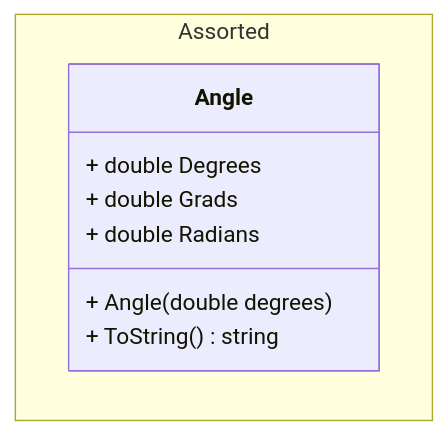
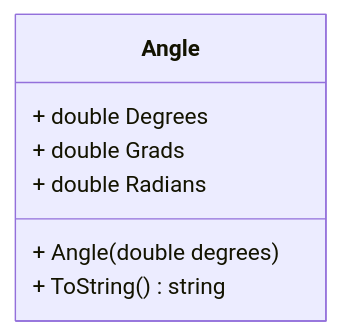
One commit to CPSC-1517/cpsc-1517-workbook-jan2024-a02-dgilleland changed the diagram in src/005/ReadMe.md. Above: the diagram before and after it, drawn with Mermaid. The commit also changed other lines of this file, not shown here.

````diff
--- a/src/005/ReadMe.md
+++ b/src/005/ReadMe.md
@@ -80,12 +80,10 @@
 ```mermaid
 classDiagram
-namespace Assorted {
     class Angle {
-      + double Degrees
-      + double Grads
-      + double Radians
-      + Angle(double degrees)
-      + ToString() string
-    }
+        + double Degrees
+        + double Grads
+        + double Radians
+        + Angle(double degrees)
+        + ToString() string
 }
 ```
````
